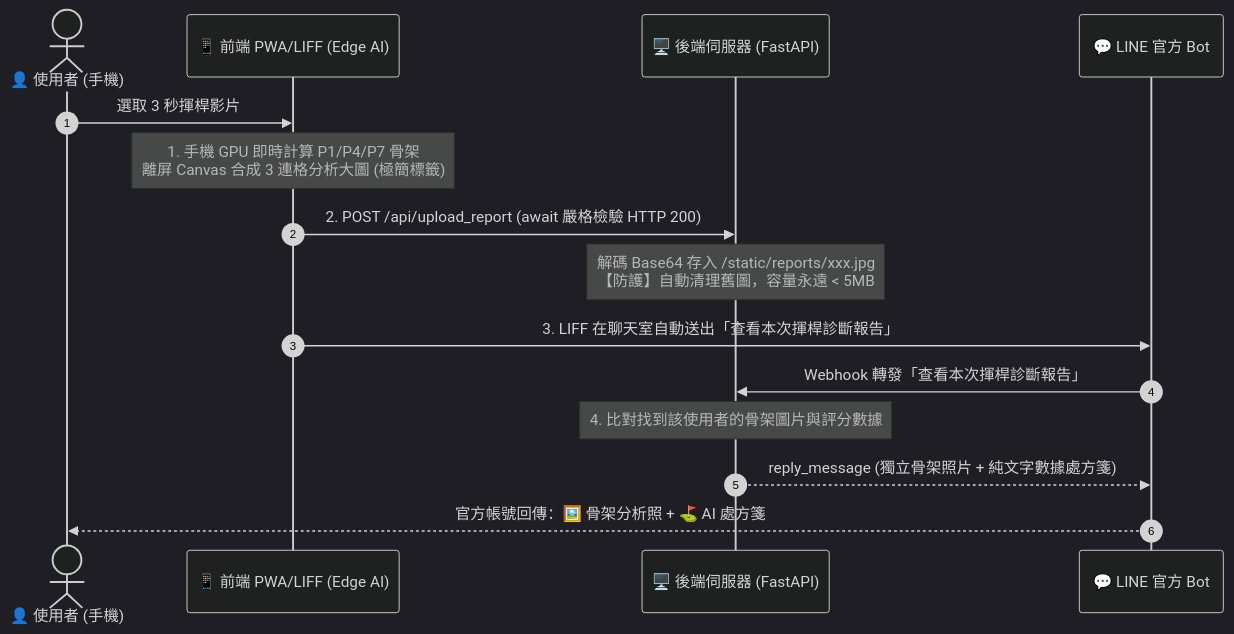
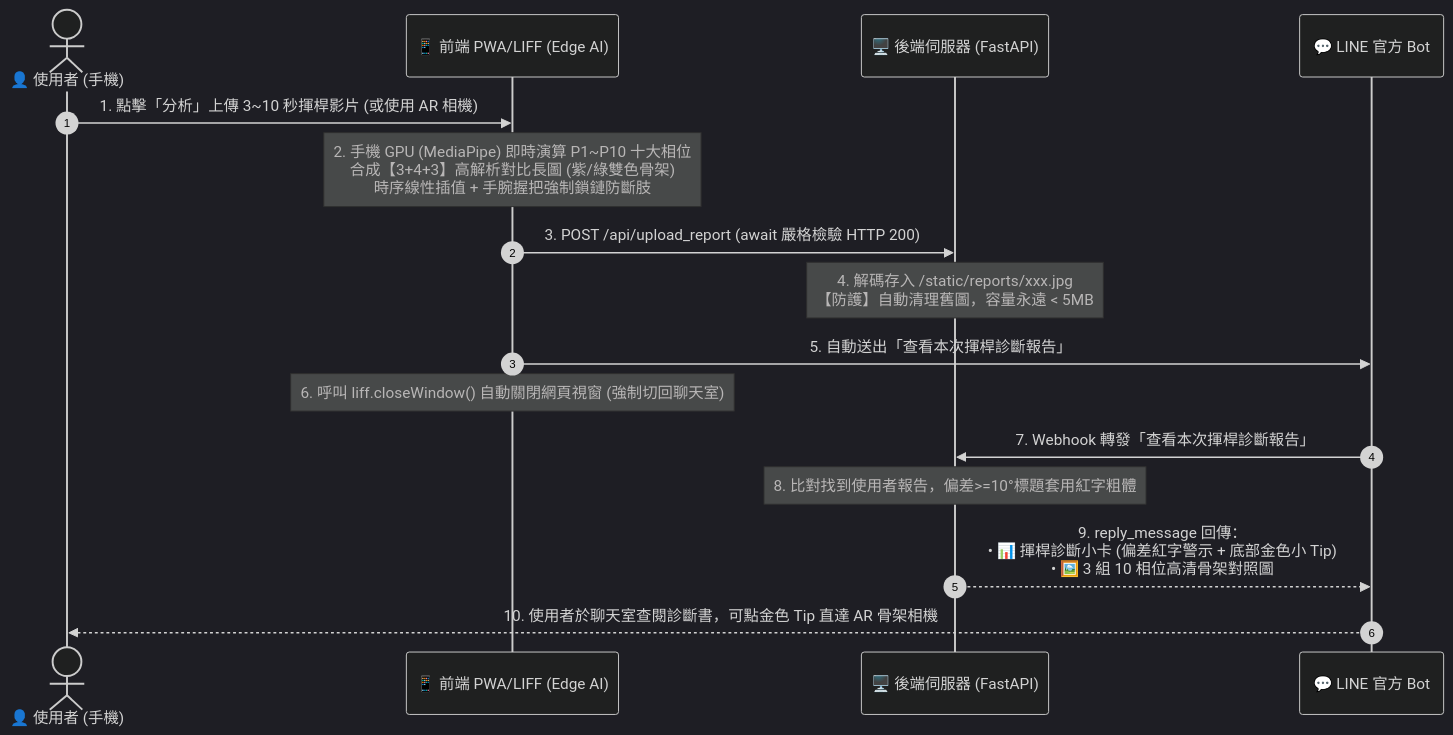
One commit to LeonHi1025/Golf-Assistant changed the diagram in DEV_LOG.md. Above: the diagram before and after it, drawn with Mermaid (dark theme). The commit also changed other lines of this file, not shown here.

Commit message:
docs: update DEV_LOG with latest architecture, sequence diagram, and stages 23-26

````diff
--- a/DEV_LOG.md
+++ b/DEV_LOG.md
@@ -22,18 +23,19 @@
 ```mermaid
 sequenceDiagram
     autonumber
     actor User as 👤 使用者 (手機)
     participant Web as 📱 前端 PWA/LIFF (Edge AI)
     participant Server as 🖥️ 後端伺服器 (FastAPI)
     participant LINE as 💬 LINE 官方 Bot
 
-    User->>Web: 選取 3 秒揮桿影片
-    Note over Web: 1. 手機 GPU 即時計算 P1/P4/P7 骨架<br/>離屏 Canvas 合成 3 連格分析大圖 (極簡標籤)
-    Web->>Server: 2. POST /api/upload_report (await 嚴格檢驗 HTTP 200)
-    Note over Server: 解碼 Base64 存入 /static/reports/xxx.jpg<br/>【防護】自動清理舊圖，容量永遠 < 5MB
-    Web->>LINE: 3. LIFF 在聊天室自動送出「查看本次揮桿診斷報告」
-    LINE->>Server: Webhook 轉發「查看本次揮桿診斷報告」
-    Note over Server: 4. 比對找到該使用者的骨架圖片與評分數據
-    Server-->>LINE: reply_message (獨立骨架照片 + 純文字數據處方箋)
-    LINE-->>User: 官方帳號回傳：🖼️ 骨架分析照 + ⛳ AI 處方箋
+    User->>Web: 1. 點擊「分析」上傳 3~10 秒揮桿影片 (或使用 AR 相機)
+    Note over Web: 2. 手機 GPU (MediaPipe) 即時演算 P1~P10 十大相位<br/>合成【3+4+3】高解析對比長圖 (紫/綠雙色骨架)<br/>時序線性插值 + 手腕握把強制鎖鏈防斷肢
+    Web->>Server: 3. POST /api/upload_report (await 嚴格檢驗 HTTP 200)
+    Note over Server: 4. 解碼存入 /static/reports/xxx.jpg<br/>【防護】自動清理舊圖，容量永遠 < 5MB
+    Web->>LINE: 5. 自動送出「查看本次揮桿診斷報告」
+    Note over Web: 6. 呼叫 liff.closeWindow() 自動關閉網頁視窗 (強制切回聊天室)
+    LINE->>Server: 7. Webhook 轉發「查看本次揮桿診斷報告」
+    Note over Server: 8. 比對找到使用者報告，偏差>=10°標題套用紅字粗體
+    Server-->>LINE: 9. reply_message 回傳：<br/>• 📊 揮桿診斷小卡 (偏差紅字警示 + 底部金色小 Tip)<br/>• 🖼️ 3 組 10 相位高清骨架對照圖
+    LINE-->>User: 10. 使用者於聊天室查閱診斷書，可點金色 Tip 直達 AR 骨架相機
 ```
````
